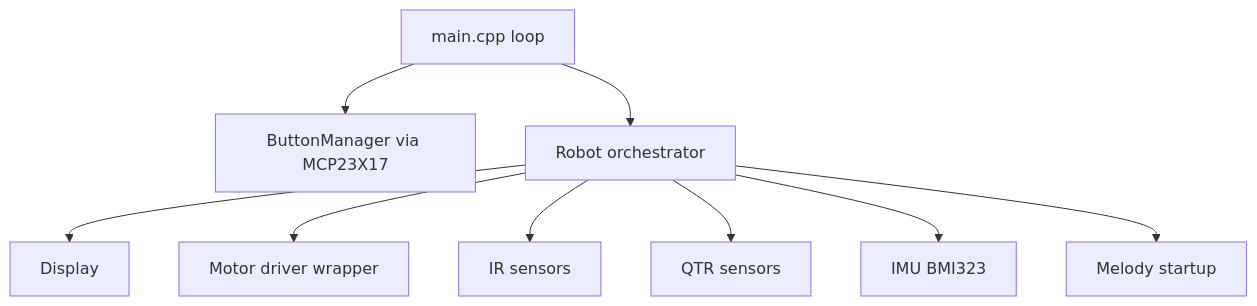
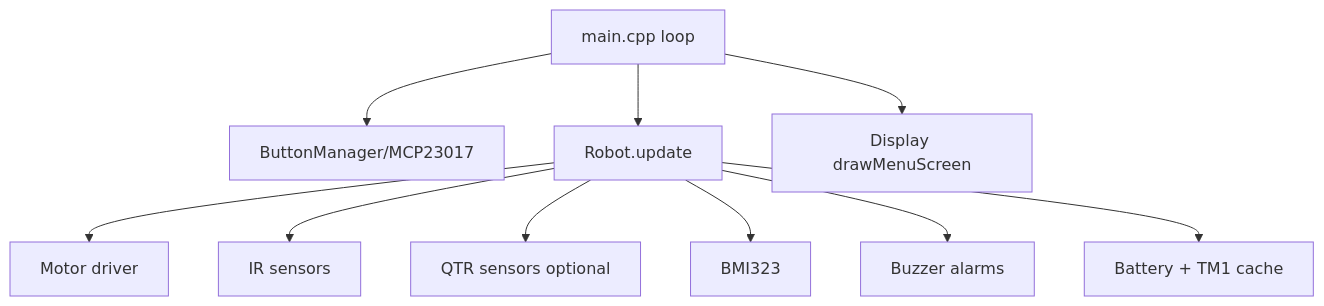
One commit to progenor/SumoV2 changed the diagram in docs/PROJECT_ARCHITECTURE.md. Above: the diagram before and after it, drawn with Mermaid. The commit also changed other lines of this file and 2 other files, not shown here.

````diff
--- a/docs/PROJECT_ARCHITECTURE.md
+++ b/docs/PROJECT_ARCHITECTURE.md
@@ -12,12 +11,13 @@
 ```mermaid
 graph TD
-    Main[main.cpp loop] --> Button[ButtonManager via MCP23X17]
-    Main --> Robot[Robot orchestrator]
+        Main[main.cpp loop] --> Buttons[ButtonManager/MCP23017]
+        Main --> Robot[Robot.update]
+        Main --> UI[Display drawMenuScreen]
 
-    Robot --> Display[Display]
-    Robot --> Motor[Motor driver wrapper]
-    Robot --> IR[IR sensors]
-    Robot --> QTR[QTR sensors]
-    Robot --> IMU[IMU BMI323]
-    Robot --> Melody[Melody startup]
+        Robot --> Motor[Motor driver]
+        Robot --> IR[IR sensors]
+        Robot --> QTR[QTR sensors optional]
+        Robot --> IMU[BMI323]
+        Robot --> Buzzer[Buzzer alarms]
+        Robot --> ADC[Battery + TM1 cache]
 ```
````
